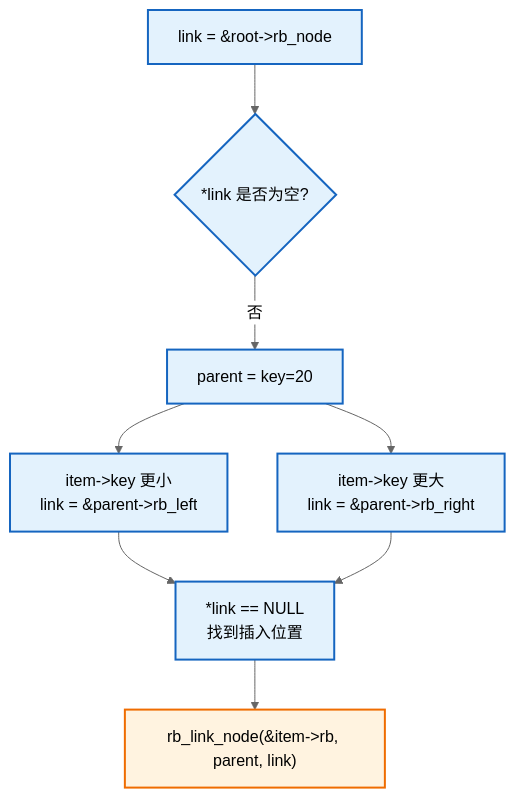
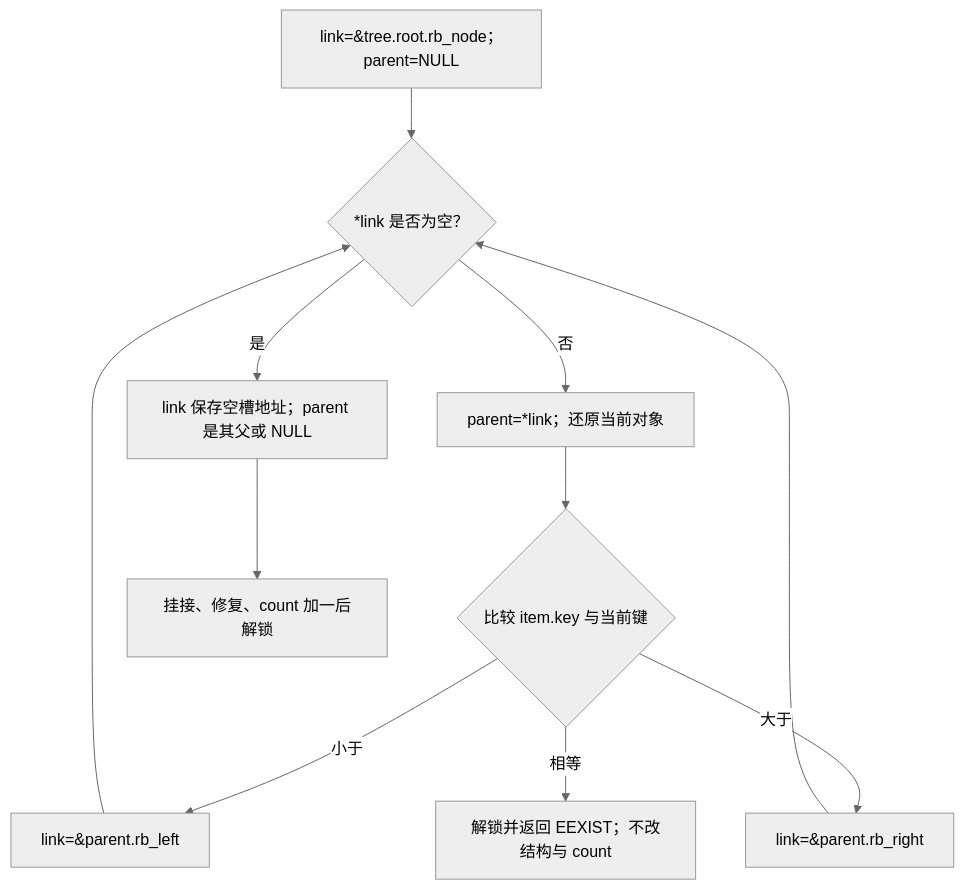
Before and after one commit to FormingSystem/linux_note: diagram 17 of 30 in knowledge/linux/data_structures/红黑树_rb-tree/P37_构建rbtree调用者接口.md, drawn with Mermaid (neutral theme). The commit also changed other lines of this file and 2 other files, not shown here.

First line of the commit message:
content(knowledge/tree): 对齐调用者接口的计数与失败持有权

````diff
--- a/knowledge/linux/data_structures/红黑树_rb-tree/P37_构建rbtree调用者接口.md
+++ b/knowledge/linux/data_structures/红黑树_rb-tree/P37_构建rbtree调用者接口.md
@@ -1375,24 +1382,13 @@
 ```mermaid
-graph TD
-	root_link["link = &root->rb_node"]
-	check_root{"*link 是否为空?"}
-	parent_20["parent = key=20"]
-	go_left["item->key 更小<br/>link = &parent->rb_left"]
-	go_right["item->key 更大<br/>link = &parent->rb_right"]
-	empty_slot["*link == NULL<br/>找到插入位置"]
-	link_node["rb_link_node(&item->rb, parent, link)"]
-
-	root_link --> check_root
-	check_root -->|否| parent_20
-	parent_20 --> go_left
-	parent_20 --> go_right
-	go_left --> empty_slot
-	go_right --> empty_slot
-	empty_slot --> link_node
-
-	classDef flow fill:#e3f2fd,stroke:#1565c0,color:#000,stroke-width:2px;
-	classDef rb fill:#fff3e0,stroke:#ef6c00,color:#000,stroke-width:2px;
-
-	class root_link,check_root,parent_20,go_left,go_right,empty_slot flow;
-	class link_node rb;
+flowchart TD
+    root_link["link=&tree.root.rb_node；parent=NULL"] --> check_root{"*link 是否为空？"}
+    check_root -->|是| empty_slot["link 保存空槽地址；parent 是其父或 NULL"]
+    check_root -->|否| parent_node["parent=*link；还原当前对象"]
+    parent_node --> compare{"比较 item.key 与当前键"}
+    compare -->|小于| go_left["link=&parent.rb_left"]
+    compare -->|大于| go_right["link=&parent.rb_right"]
+    compare -->|相等| duplicate["解锁并返回 EEXIST；不改结构与 count"]
+    go_left --> check_root
+    go_right --> check_root
+    empty_slot --> link_node["挂接、修复、count 加一后解锁"]
 ```
````
